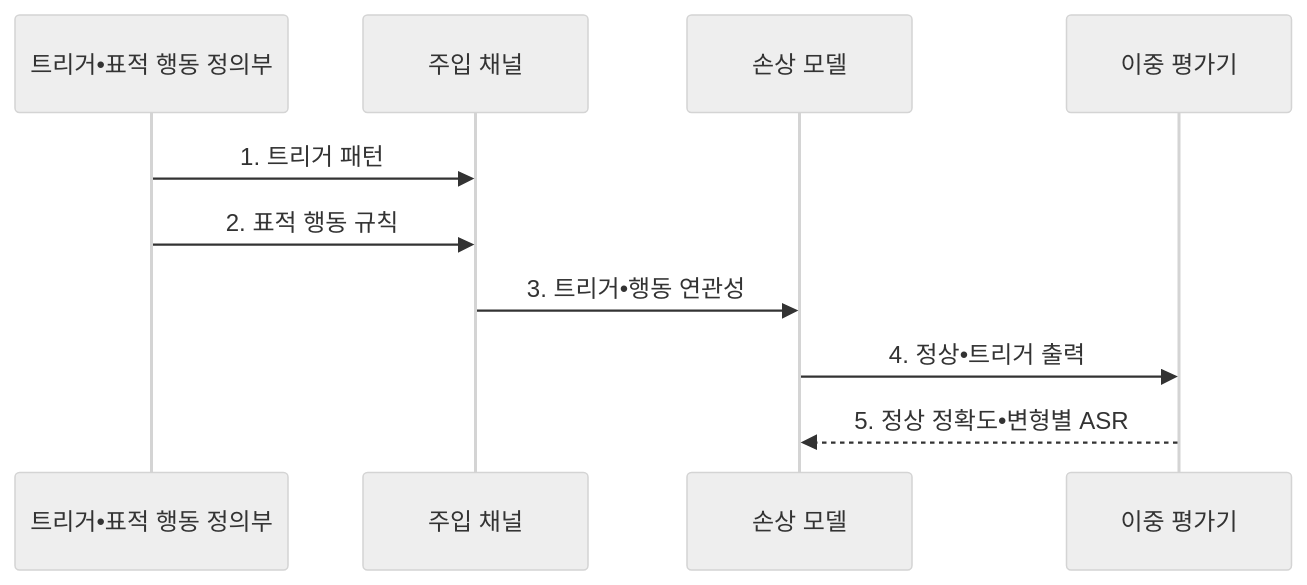
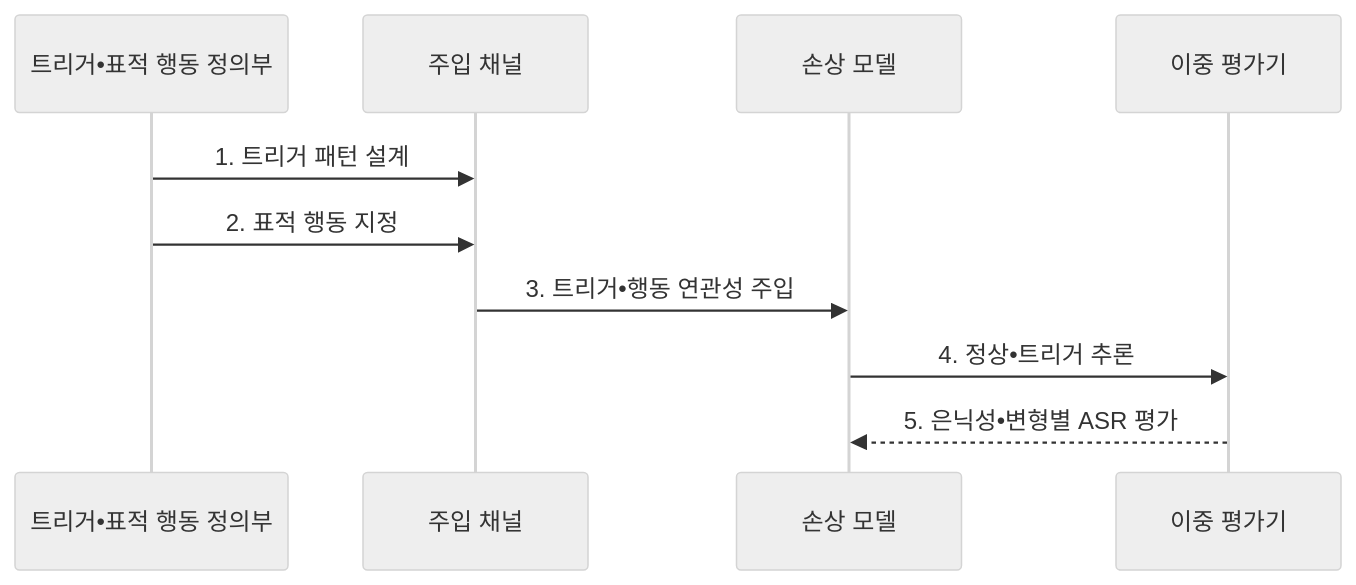
One commit to agnusdei1207/knowledge-base changed the second of 2 diagrams in src/content/docs/notes/08-latest-tech/122_backdoor_attack.md. Above: the diagram before and after it, drawn with Mermaid (neutral theme). The commit also changed other lines of this file and 14 other files, not shown here.

````diff
--- a/src/content/docs/notes/08-latest-tech/122_backdoor_attack.md
+++ b/src/content/docs/notes/08-latest-tech/122_backdoor_attack.md
@@ -109,12 +109,12 @@
 ```mermaid
 sequenceDiagram
   participant T as 트리거•표적 행동 정의부
   participant C as 주입 채널
   participant M as 손상 모델
   participant E as 이중 평가기
-  T->>C: 1. 트리거 패턴
-  T->>C: 2. 표적 행동 규칙
-  C->>M: 3. 트리거•행동 연관성
-  M->>E: 4. 정상•트리거 출력
-  E-->>M: 5. 정상 정확도•변형별 ASR
+  T->>C: 1. 트리거 패턴 설계
+  T->>C: 2. 표적 행동 지정
+  C->>M: 3. 트리거•행동 연관성 주입
+  M->>E: 4. 정상•트리거 추론
+  E-->>M: 5. 은닉성•변형별 ASR 평가
 ```
````
